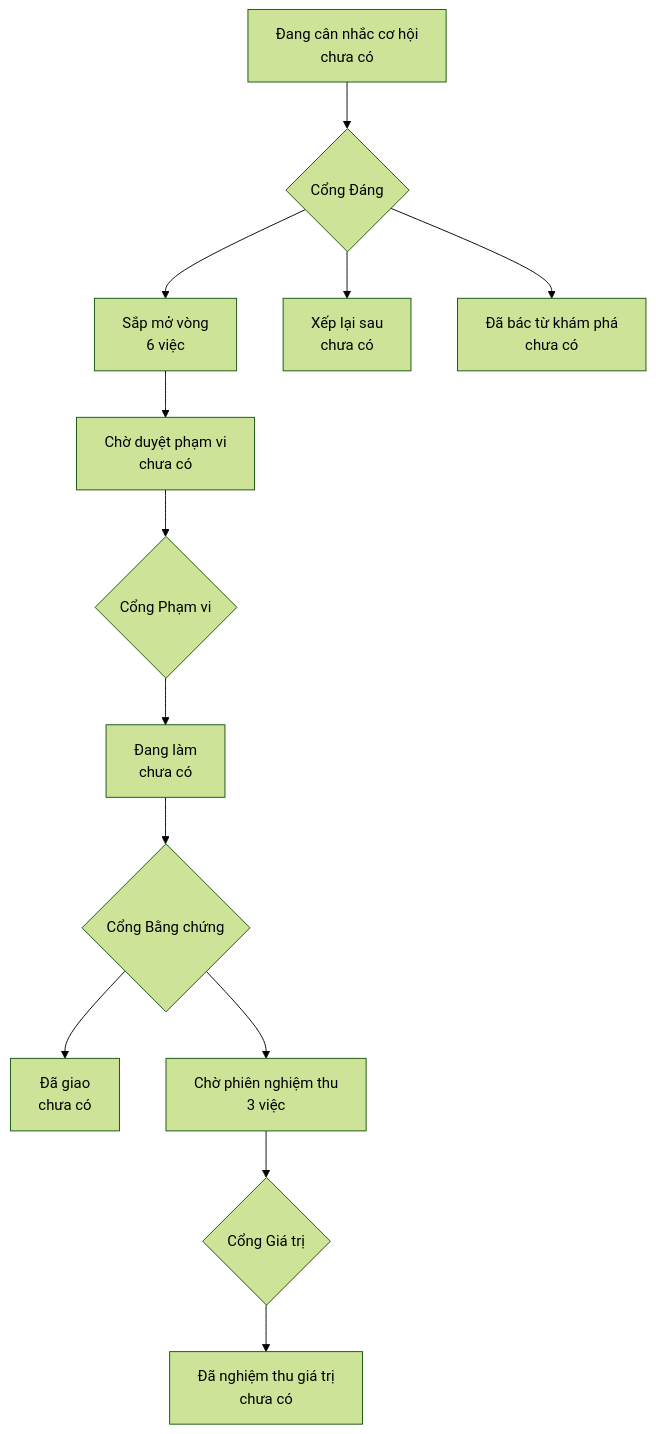
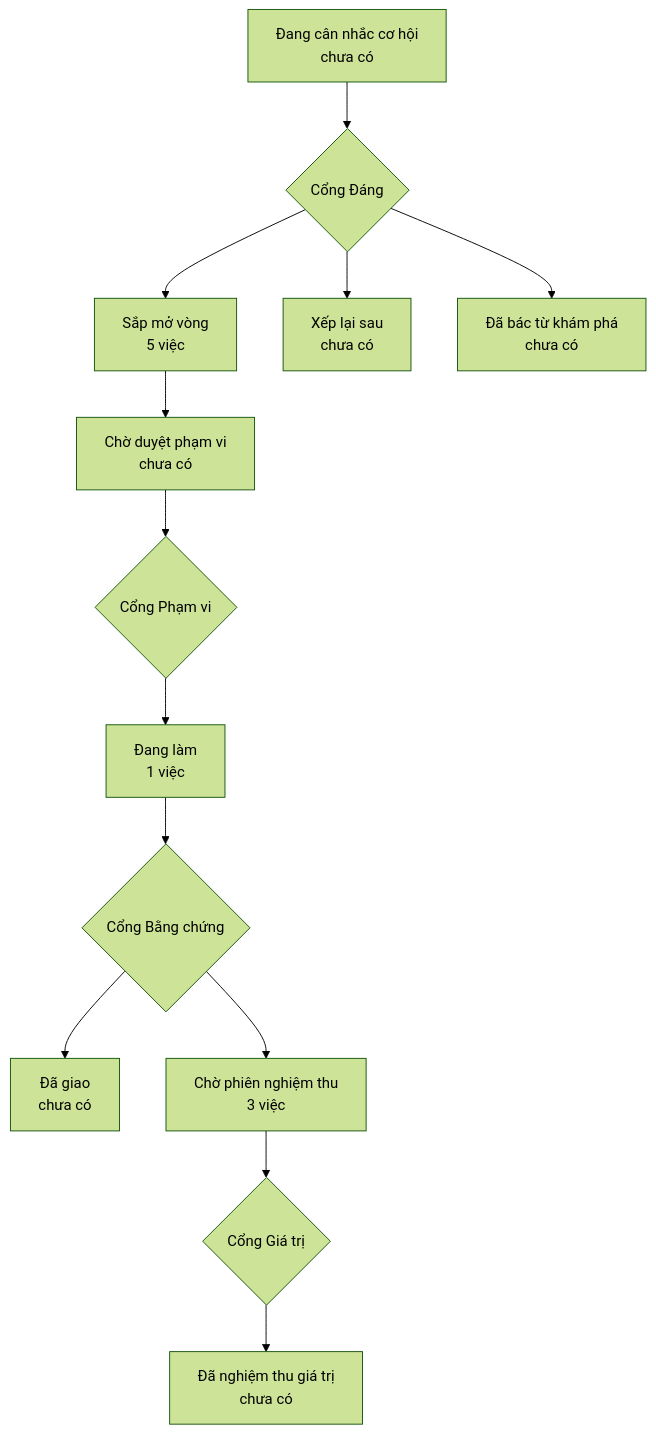
One commit to phanlemanh/onehub-quy-hang changed the diagram in PRODUCT-MAP.md. Above: the diagram before and after it, drawn with Mermaid (forest theme). The commit also changed other lines of this file and 3 other files, not shown here.

````diff
--- a/PRODUCT-MAP.md
+++ b/PRODUCT-MAP.md
@@ -7,12 +7,12 @@
 ```mermaid
 flowchart TD
   A["Đang cân nhắc cơ hội<br/>chưa có"] --> GD{"Cổng Đáng"}
-  GD --> B["Sắp mở vòng<br/>6 việc"]
+  GD --> B["Sắp mở vòng<br/>5 việc"]
   GD --> XL["Xếp lại sau<br/>chưa có"]
   GD --> DB["Đã bác từ khám phá<br/>chưa có"]
   B --> CD["Chờ duyệt phạm vi<br/>chưa có"] --> GP{"Cổng Phạm vi"}
-  GP --> DL["Đang làm<br/>chưa có"] --> GB{"Cổng Bằng chứng"}
+  GP --> DL["Đang làm<br/>1 việc"] --> GB{"Cổng Bằng chứng"}
   GB --> DG["Đã giao<br/>chưa có"]
   GB --> CN["Chờ phiên nghiệm thu<br/>3 việc"] --> GG{"Cổng Giá trị"}
   GG --> NT["Đã nghiệm thu giá trị<br/>chưa có"]
 ```
````
